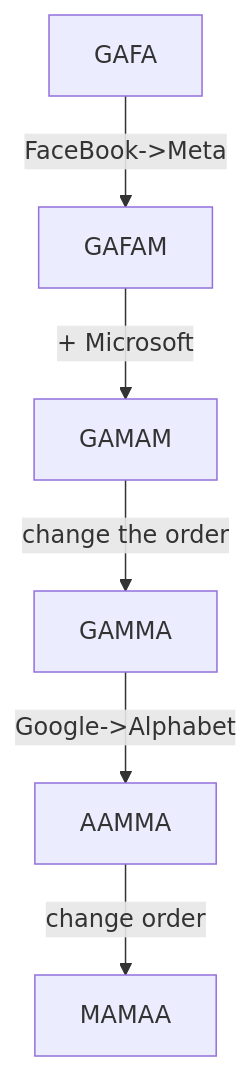
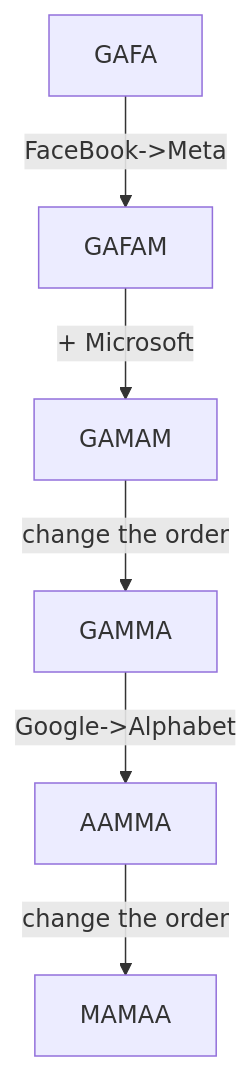
Before and after one commit to bebetakumi/mermaid: the diagram in 遊び用/GAMMA.md, drawn with Mermaid.

````diff
--- a/遊び用/GAMMA.md
+++ b/遊び用/GAMMA.md
@@ -1,6 +1,6 @@
 ```mermaid
 flowchart TD
 
-GAFA -- FaceBook->Meta --> GAFAM -- + Microsoft --> GAMAM -- change the order --> GAMMA -- Google->Alphabet --> AAMMA -- change order --> MAMAA
+GAFA -- FaceBook->Meta --> GAFAM -- + Microsoft --> GAMAM -- change the order --> GAMMA -- Google->Alphabet --> AAMMA -- change the order --> MAMAA
 
 ```
````
